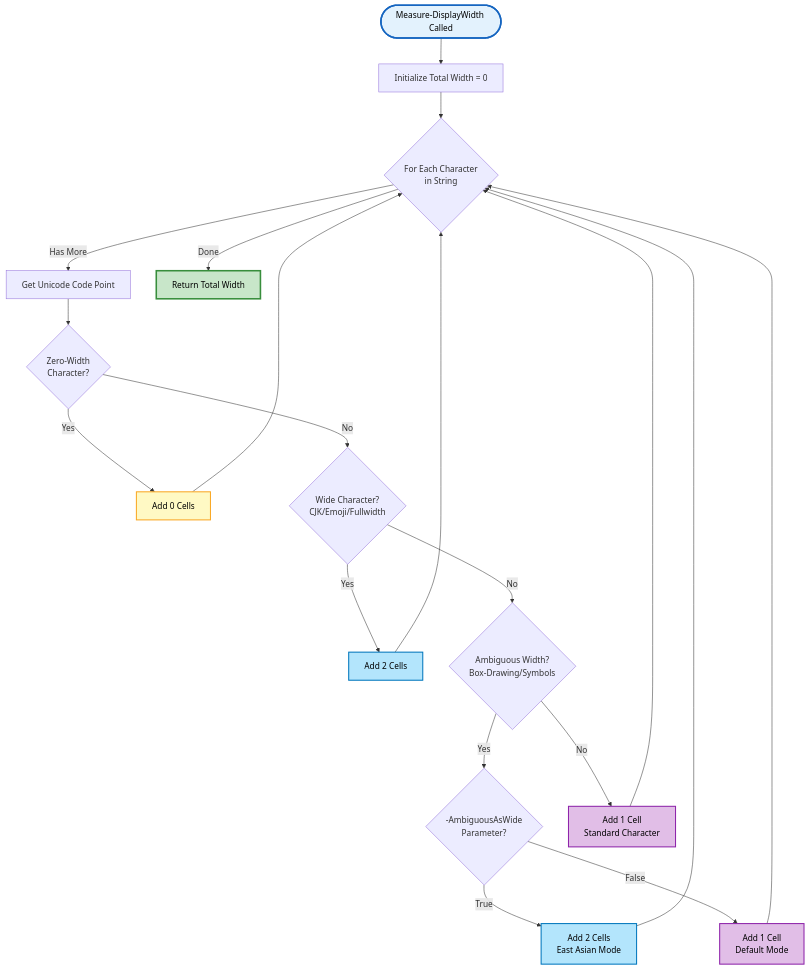
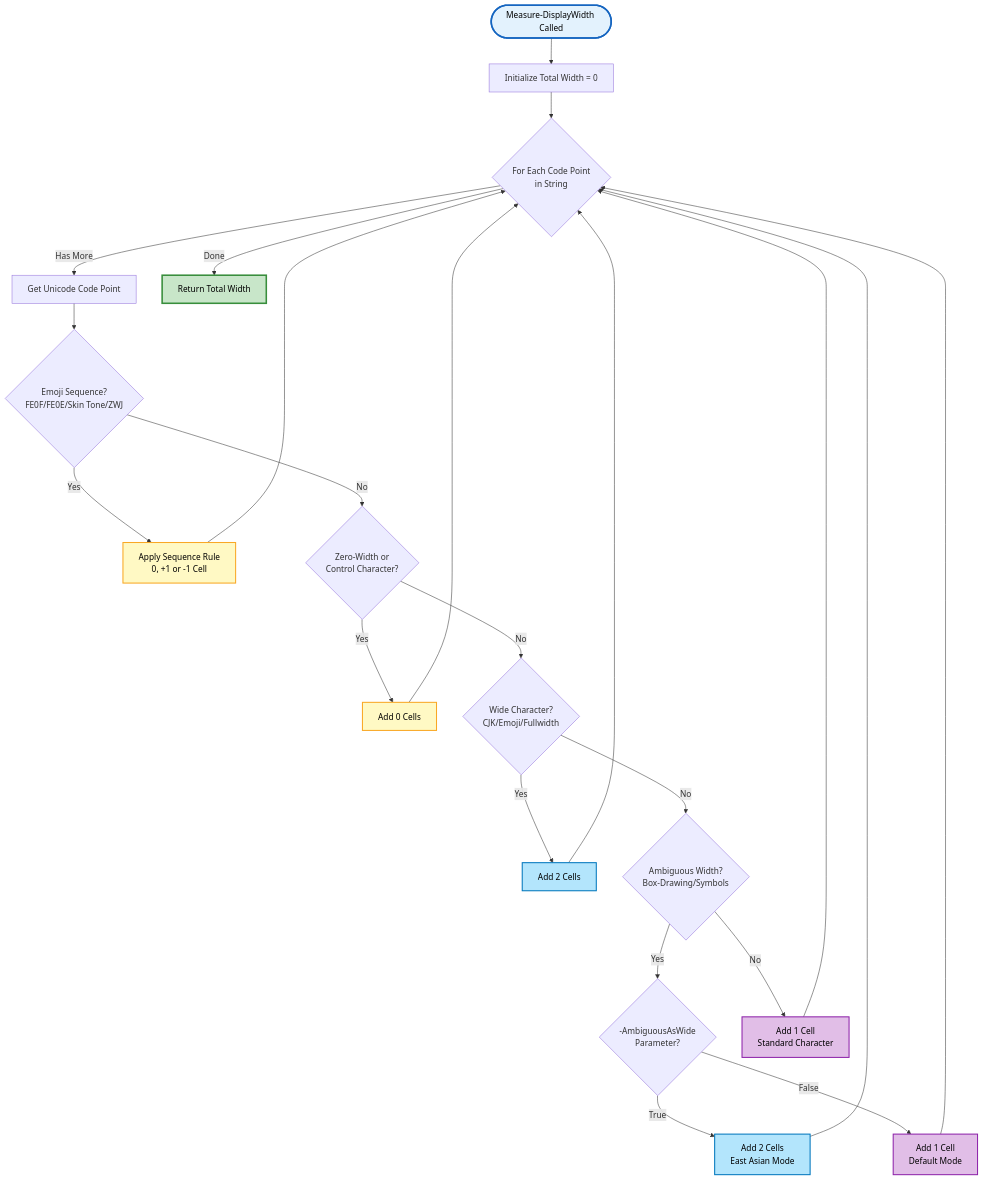
One commit to MarkusMcNugen/PSWriteColorEX changed the first of 2 diagrams in Docs/Public/Measure-DisplayWidth.md. Above: the diagram before and after it, drawn with Mermaid. The commit also changed other lines of this file and 10 other files, not shown here.

````diff
--- a/Docs/Public/Measure-DisplayWidth.md
+++ b/Docs/Public/Measure-DisplayWidth.md
@@ -269,36 +269,41 @@
 ```mermaid
 graph TD
     Start([Measure-DisplayWidth Called]) --> InitWidth[Initialize Total Width = 0]
-    InitWidth --> ForEach{For Each Character<br/>in String}
+    InitWidth --> ForEach{For Each Code Point<br/>in String}
 
     ForEach -->|Has More| GetCodePoint[Get Unicode Code Point]
     ForEach -->|Done| ReturnTotal[Return Total Width]
 
-    GetCodePoint --> CheckZero{Zero-Width<br/>Character?}
+    GetCodePoint --> CheckSeq{Emoji Sequence?<br/>FE0F/FE0E/Skin Tone/ZWJ}
+
+    CheckSeq -->|Yes| AddSeq[Apply Sequence Rule<br/>0, +1 or -1 Cell]
+    CheckSeq -->|No| CheckZero{Zero-Width or<br/>Control Character?}
 
     CheckZero -->|Yes| AddZero[Add 0 Cells]
     CheckZero -->|No| CheckWide{Wide Character?<br/>CJK/Emoji/Fullwidth}
 
     CheckWide -->|Yes| AddTwo[Add 2 Cells]
     CheckWide -->|No| CheckAmbiguous{Ambiguous Width?<br/>Box-Drawing/Symbols}
 
     CheckAmbiguous -->|Yes| CheckMode{-AmbiguousAsWide<br/>Parameter?}
     CheckAmbiguous -->|No| AddOne[Add 1 Cell<br/>Standard Character]
 
     CheckMode -->|True| AddTwoAmb[Add 2 Cells<br/>East Asian Mode]
     CheckMode -->|False| AddOneAmb[Add 1 Cell<br/>Default Mode]
 
+    AddSeq --> ForEach
     AddZero --> ForEach
     AddTwo --> ForEach
     AddOne --> ForEach
     AddOneAmb --> ForEach
     AddTwoAmb --> ForEach
 
     style Start fill:#e3f2fd,stroke:#1565c0,stroke-width:3px,color:#000
     style ReturnTotal fill:#c8e6c9,stroke:#388e3c,stroke-width:3px,color:#000
+    style AddSeq fill:#fff9c4,stroke:#f9a825,stroke-width:2px,color:#000
     style AddZero fill:#fff9c4,stroke:#f9a825,stroke-width:2px,color:#000
     style AddOne fill:#e1bee7,stroke:#8e24aa,stroke-width:2px,color:#000
     style AddTwo fill:#b3e5fc,stroke:#0277bd,stroke-width:2px,color:#000
     style AddOneAmb fill:#e1bee7,stroke:#8e24aa,stroke-width:2px,color:#000
     style AddTwoAmb fill:#b3e5fc,stroke:#0277bd,stroke-width:2px,color:#000
 ```
````
